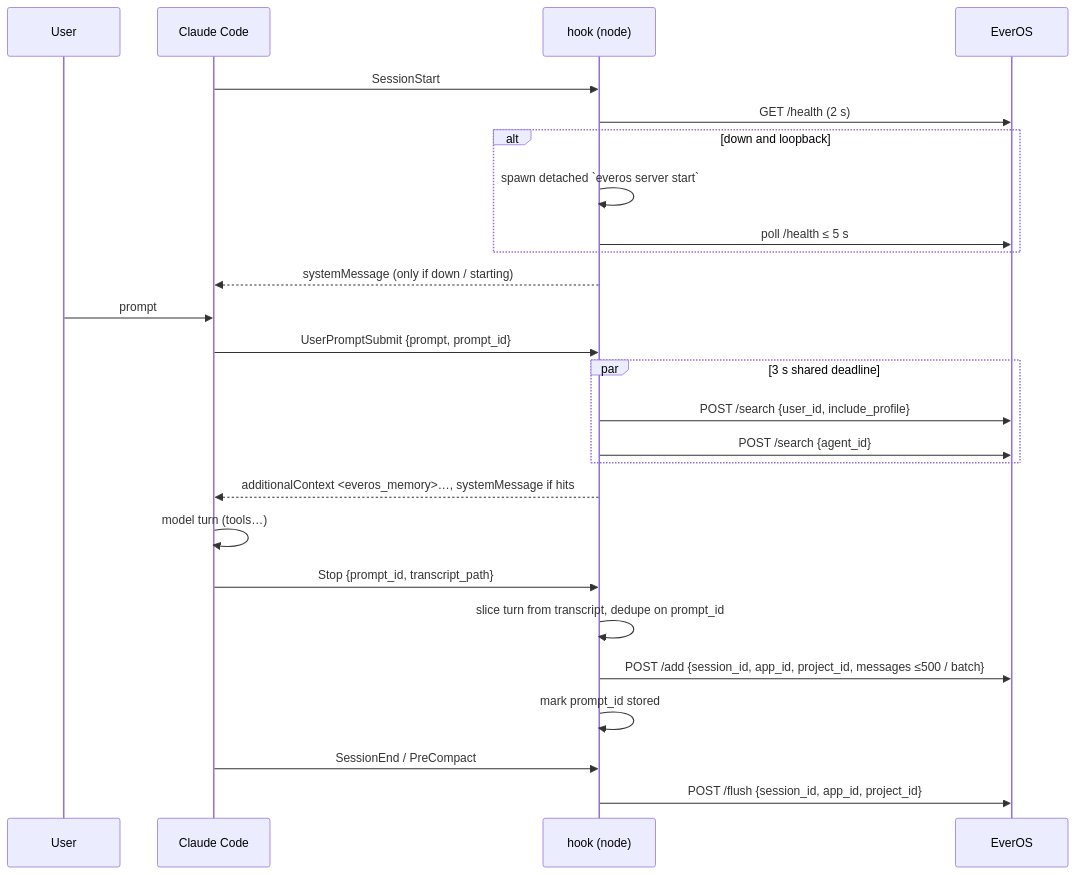
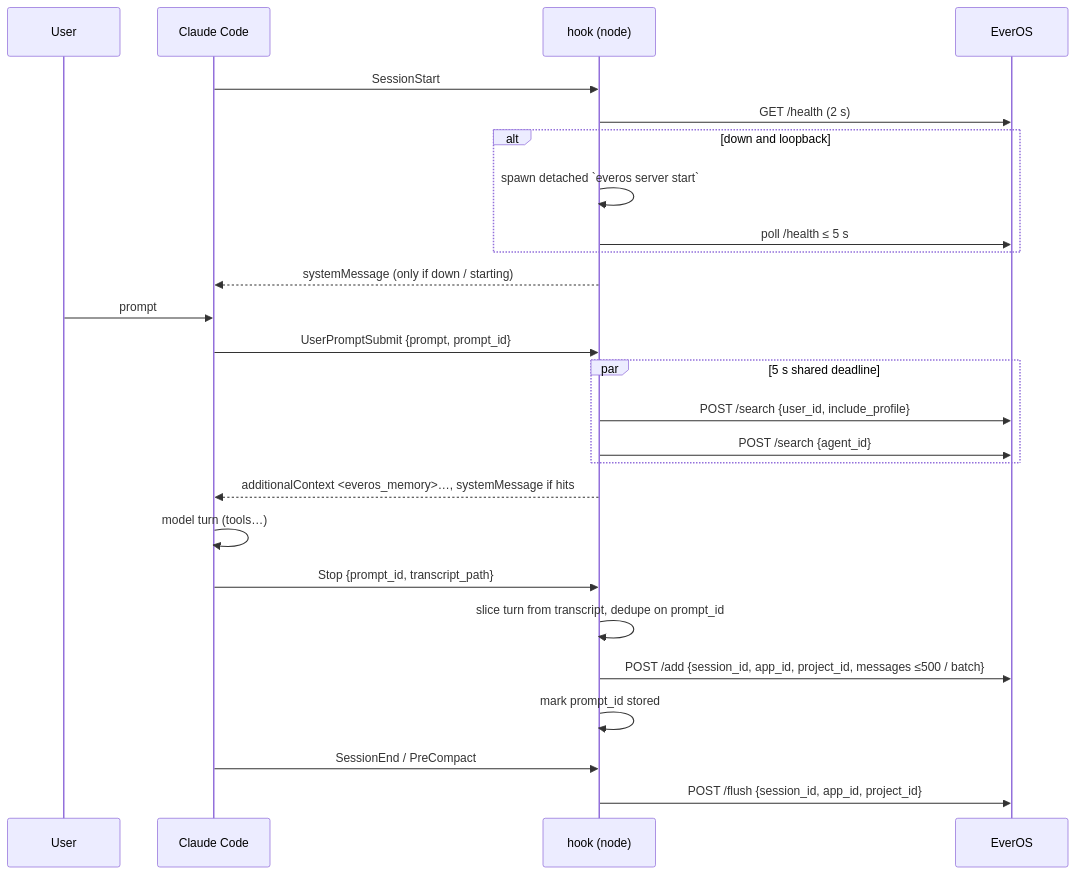
The diagram in claude-code/docs/DESIGN_DOC.md (EverMind-AI/plugins), drawn with Mermaid before and after one commit. The commit also changed other lines of this file and 1 other file, not shown here.

````diff
--- a/claude-code/docs/DESIGN_DOC.md
+++ b/claude-code/docs/DESIGN_DOC.md
@@ -176,31 +176,31 @@
 ```mermaid
 sequenceDiagram
     participant U as User
     participant CC as Claude Code
     participant H as hook (node)
     participant E as EverOS
 
     CC->>H: SessionStart
     H->>E: GET /health (2 s)
     alt down and loopback
         H->>H: spawn detached `everos server start`
         H->>E: poll /health ≤ 5 s
     end
     H-->>CC: systemMessage (only if down / starting)
 
     U->>CC: prompt
     CC->>H: UserPromptSubmit {prompt, prompt_id}
-    par 3 s shared deadline
+    par 5 s shared deadline
         H->>E: POST /search {user_id, include_profile}
         H->>E: POST /search {agent_id}
     end
     H-->>CC: additionalContext <everos_memory>…, systemMessage if hits
     CC->>CC: model turn (tools…)
     CC->>H: Stop {prompt_id, transcript_path}
     H->>H: slice turn from transcript, dedupe on prompt_id
     H->>E: POST /add {session_id, app_id, project_id, messages ≤500 / batch}
     H->>H: mark prompt_id stored
 
     CC->>H: SessionEnd / PreCompact
     H->>E: POST /flush {session_id, app_id, project_id}
 ```
````
